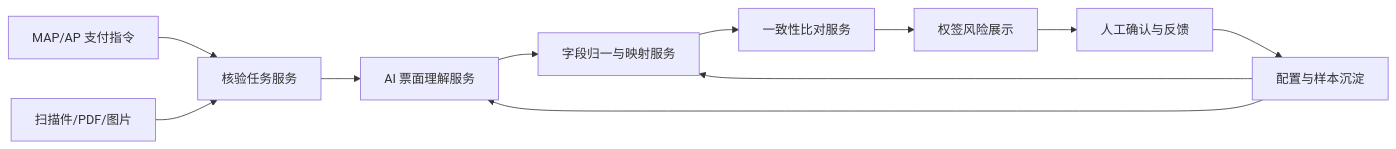
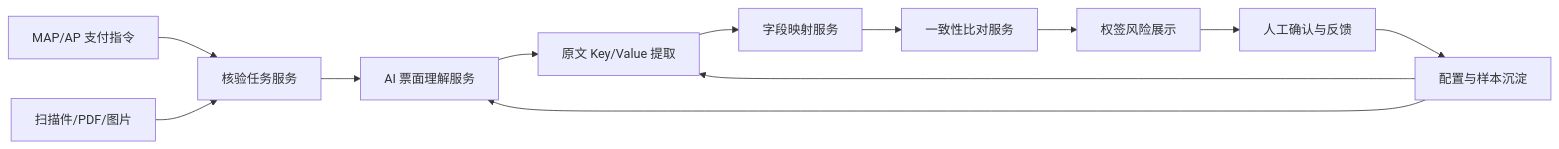
One commit to LuluCJJ/bill-verification changed the diagram in docs/bill-verification-product-solution.md. Above: the diagram before and after it, drawn with Mermaid. The commit also changed other lines of this file and 17 other files, not shown here.

````diff
--- a/docs/bill-verification-product-solution.md
+++ b/docs/bill-verification-product-solution.md
@@ -44,13 +44,14 @@
 ```mermaid
 flowchart LR
     A["MAP/AP 支付指令"] --> C["核验任务服务"]
     B["扫描件/PDF/图片"] --> C
     C --> D["AI 票面理解服务"]
-    D --> E["字段归一与映射服务"]
-    E --> F["一致性比对服务"]
+    D --> E["原文 Key/Value 提取"]
+    E --> E2["字段映射服务"]
+    E2 --> F["一致性比对服务"]
     F --> G["权签风险展示"]
     G --> H["人工确认与反馈"]
     H --> I["配置与样本沉淀"]
     I --> E
     I --> D
 ```
````
